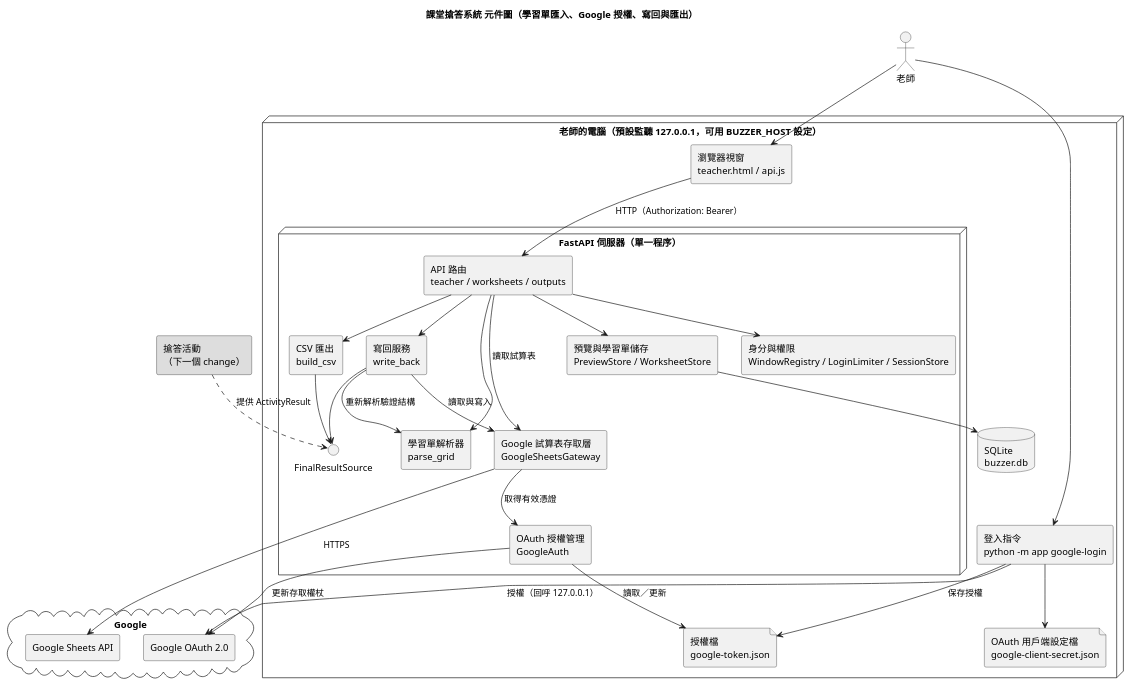
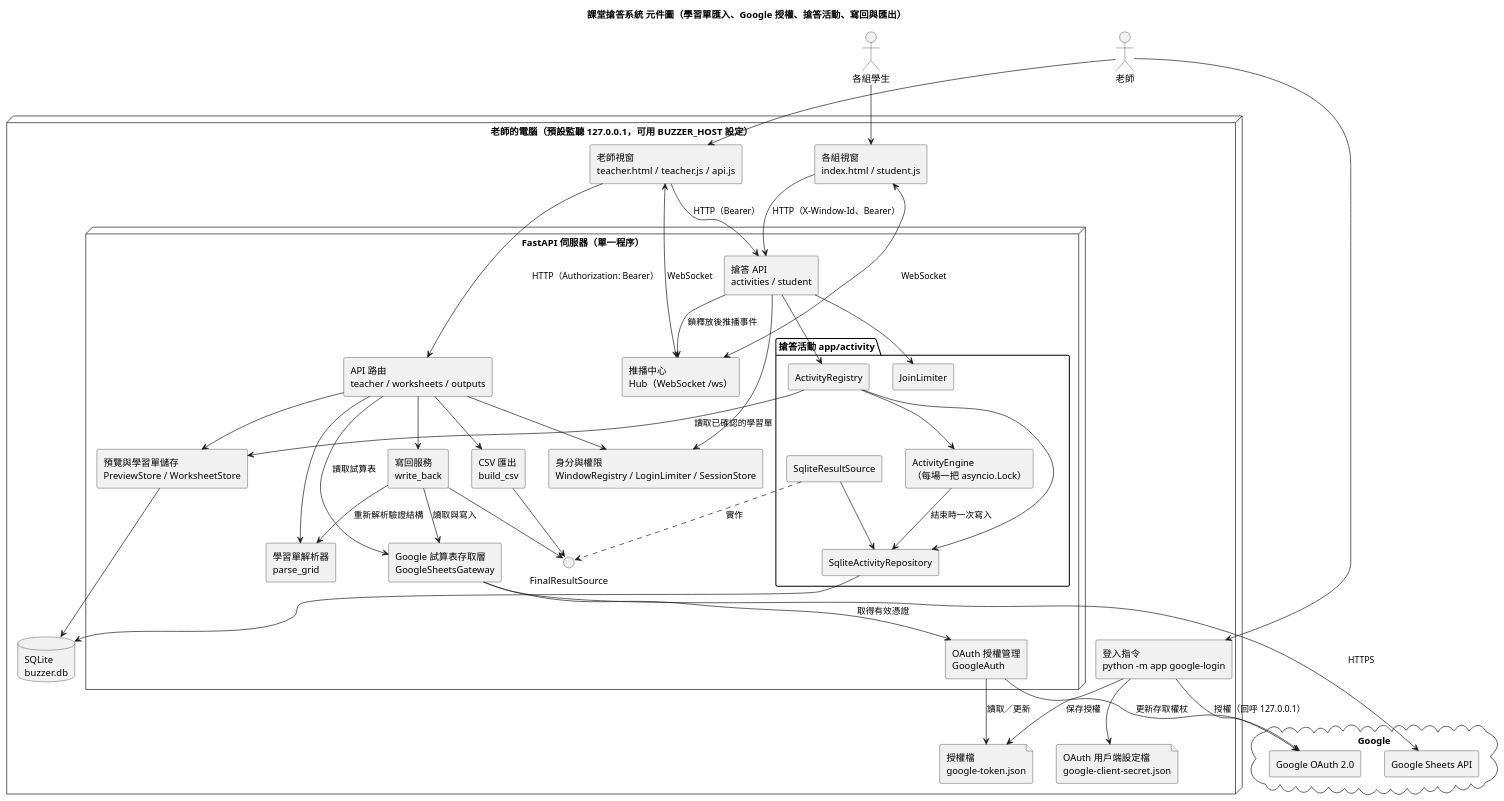
Before and after one commit to RemuDaiSuKi/SE_project: the diagram in diagrams/component.puml, drawn with PlantUML. The commit also changed 17 other files, not shown here.

First line of the commit message:
學生頁、老師頁搶答畫面、設計圖、README 與交接文件；加入 websockets 相依套件

```diff
--- a/diagrams/component.puml
+++ b/diagrams/component.puml
@@ -1,58 +1,83 @@
 @startuml component
-title 課堂搶答系統 元件圖（學習單匯入、Google 授權、寫回與匯出）
+title 課堂搶答系統 元件圖（學習單匯入、Google 授權、搶答活動、寫回與匯出）
 skinparam componentStyle rectangle
 skinparam defaultFontName "Microsoft JhengHei"
 
 actor "老師" as Teacher
 
 node "老師的電腦（預設監聽 127.0.0.1，可用 BUZZER_HOST 設定）" {
-  component "瀏覽器視窗\nteacher.html / api.js" as Browser
+  component "老師視窗\nteacher.html / teacher.js / api.js" as Browser
+  component "各組視窗\nindex.html / student.js" as StudentBrowser
   component "登入指令\npython -m app google-login" as LoginCli
 
   node "FastAPI 伺服器（單一程序）" {
     component "API 路由\nteacher / worksheets / outputs" as Api
+    component "搶答 API\nactivities / student" as ActivityApi
+    component "推播中心\nHub（WebSocket /ws）" as Hub
+    package "搶答活動 app/activity" {
+      component "ActivityRegistry" as Registry
+      component "ActivityEngine\n（每場一把 asyncio.Lock）" as Engine
+      component "JoinLimiter" as JoinLimiter
+      component "SqliteActivityRepository" as ActivityRepo
+      component "SqliteResultSource" as ResultSource
+    }
     component "身分與權限\nWindowRegistry / LoginLimiter / SessionStore" as Security
     component "學習單解析器\nparse_grid" as Parser
     component "預覽與學習單儲存\nPreviewStore / WorksheetStore" as Store
     component "寫回服務\nwrite_back" as Writeback
     component "CSV 匯出\nbuild_csv" as Csv
     interface "FinalResultSource" as ResultsPort
     component "Google 試算表存取層\nGoogleSheetsGateway" as Gateway
     component "OAuth 授權管理\nGoogleAuth" as Auth
   }
 
   database "SQLite\nbuzzer.db" as DB
   file "授權檔\ngoogle-token.json" as Token
   file "OAuth 用戶端設定檔\ngoogle-client-secret.json" as ClientSecret
 }
 
 cloud "Google" {
   component "Google Sheets API" as SheetsApi
   component "Google OAuth 2.0" as OAuth
 }
 
-component "搶答活動\n（下一個 change）" as Activity #DDDDDD
+actor "各組學生" as Student
 
 Teacher --> Browser
 Teacher --> LoginCli
 Browser --> Api : HTTP（Authorization: Bearer）
 Api --> Security
 Api --> Parser
 Api --> Store
 Api --> Writeback
 Api --> Csv
 Api --> Gateway : 讀取試算表
 Store --> DB
 Writeback --> Parser : 重新解析驗證結構
 Writeback --> Gateway : 讀取與寫入
 Writeback --> ResultsPort
 Csv --> ResultsPort
-Activity ..> ResultsPort : 提供 ActivityResult
+Student --> StudentBrowser
+StudentBrowser --> ActivityApi : HTTP（X-Window-Id、Bearer）
+StudentBrowser <--> Hub : WebSocket
+Browser --> ActivityApi : HTTP（Bearer）
+Browser <--> Hub : WebSocket
+ActivityApi --> Security
+ActivityApi --> JoinLimiter
+ActivityApi --> Registry
+ActivityApi --> Hub : 鎖釋放後推播事件
+Registry --> Engine
+Registry --> Store : 讀取已確認的學習單
+Engine --> ActivityRepo : 結束時一次寫入
+Registry --> ActivityRepo
+ActivityRepo --> DB
+ResultSource --> ActivityRepo
+ResultSource ..> ResultsPort : 實作
 Gateway --> Auth : 取得有效憑證
 Gateway --> SheetsApi : HTTPS
 Auth --> Token : 讀取／更新
 Auth --> OAuth : 更新存取權杖
 LoginCli --> ClientSecret
 LoginCli --> OAuth : 授權（回呼 127.0.0.1）
 LoginCli --> Token : 保存授權
 @enduml
```
